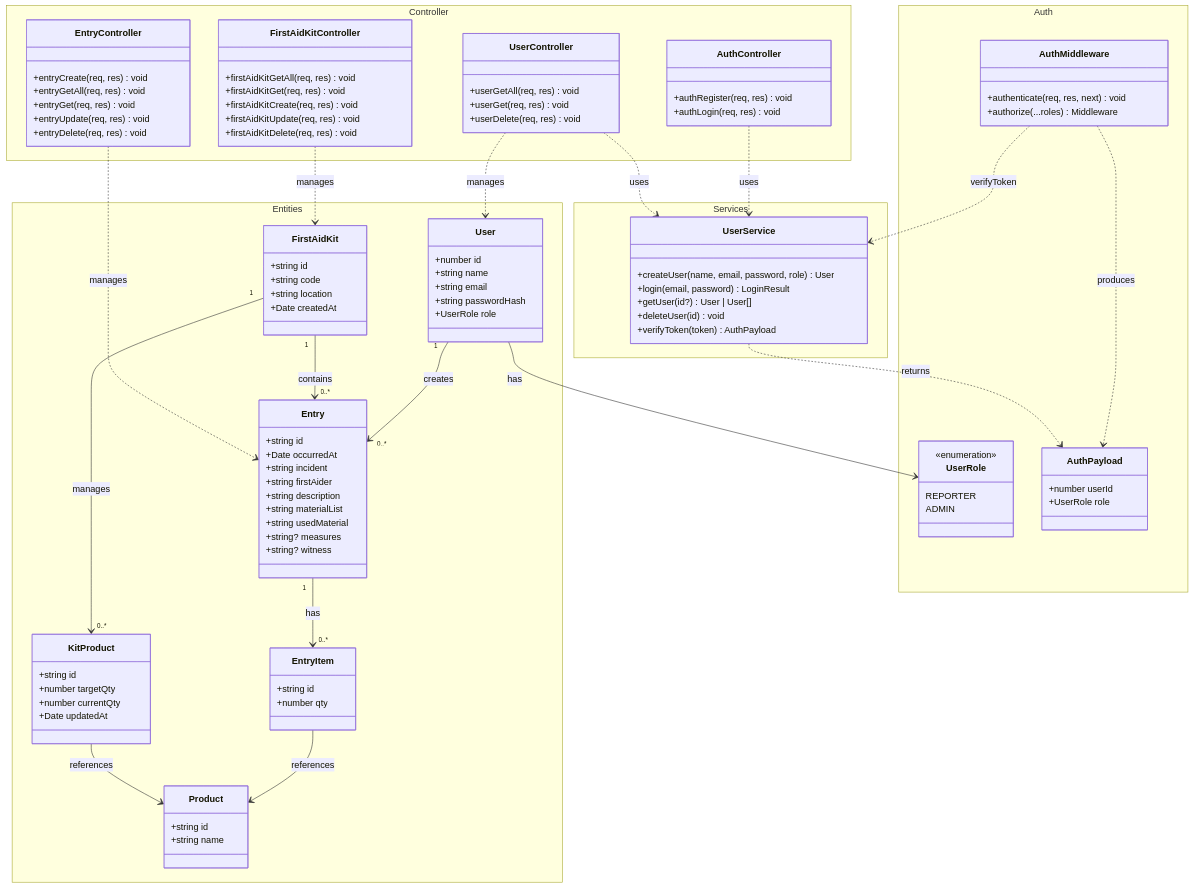
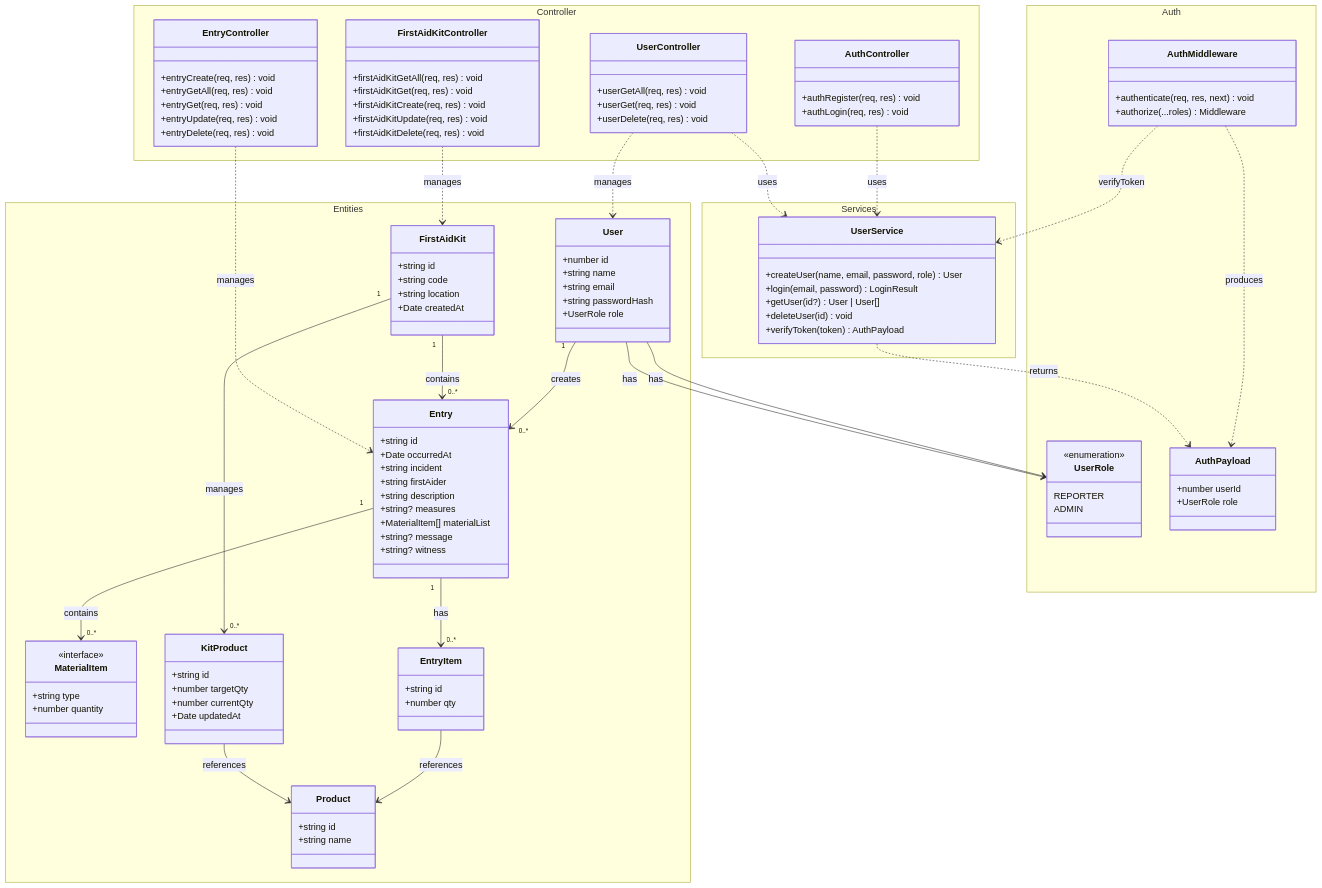
One commit to lenzer01/verband-backend changed the diagram in classDiagram.mmd. Above: the diagram before and after it, drawn with Mermaid. The commit also changed 1 other file, not shown here.

Commit message:
feat: update class diagram and first aid kit controller to include material list and UUID validation

```diff
--- a/classDiagram.mmd
+++ b/classDiagram.mmd
@@ -1,125 +1,133 @@
 classDiagram
 
 namespace Entities {
     class User {
         +number id
         +string name
         +string email
         +string passwordHash
         +UserRole role
     }
 
     class FirstAidKit {
         +string id
         +string code
         +string location
         +Date createdAt
     }
 
     class Entry {
         +string id
         +Date occurredAt
         +string incident
         +string firstAider
         +string description
-        +string materialList
-        +string usedMaterial
         +string? measures
+        +MaterialItem[] materialList
+        +string? message
         +string? witness
+    }
+
+    class MaterialItem {
+        <<interface>>
+        +string type
+        +number quantity
     }
 
     class EntryItem {
         +string id
         +number qty
     }
 
     class Product {
         +string id
         +string name
     }
 
     class KitProduct {
         +string id
         +number targetQty
         +number currentQty
         +Date updatedAt
     }
 }
 
 namespace Auth {
     class UserRole {
         <<enumeration>>
         REPORTER
         ADMIN
     }
 
     class AuthPayload {
         +number userId
         +UserRole role
     }
 
     class AuthMiddleware {
         +authenticate(req, res, next) void
         +authorize(...roles) Middleware
     }
 }
 
 namespace Services {
     class UserService {
         +createUser(name, email, password, role) User
         +login(email, password) LoginResult
         +getUser(id?) User | User[]
         +deleteUser(id) void
         +verifyToken(token) AuthPayload
     }
 }
 
 namespace Controller {
     class AuthController {
         +authRegister(req, res) void
         +authLogin(req, res) void
     }
 
     class UserController {
         +userGetAll(req, res) void
         +userGet(req, res) void
         +userDelete(req, res) void
     }
 
     class EntryController {
         +entryCreate(req, res) void
         +entryGetAll(req, res) void
         +entryGet(req, res) void
         +entryUpdate(req, res) void
         +entryDelete(req, res) void
     }
 
     class FirstAidKitController {
         +firstAidKitGetAll(req, res) void
         +firstAidKitGet(req, res) void
         +firstAidKitCreate(req, res) void
         +firstAidKitUpdate(req, res) void
         +firstAidKitDelete(req, res) void
     }
 }
 
 %% ─── Entity Relationships ───────────────────────────────────
 User "1" --> "0..*" Entry : creates
+User --> UserRole : has
 FirstAidKit "1" --> "0..*" Entry : contains
 Entry "1" --> "0..*" EntryItem : has
+Entry "1" --> "0..*" MaterialItem : contains
 EntryItem --> Product : references
 FirstAidKit "1" --> "0..*" KitProduct : manages
 KitProduct --> Product : references
 
 %% ─── Layer Dependencies ──────────────────────────────────────
 AuthController ..> UserService : uses
 UserController ..> UserService : uses
 UserController ..> User : manages
 EntryController ..> Entry : manages
 FirstAidKitController ..> FirstAidKit : manages
 
 AuthMiddleware ..> UserService : verifyToken
 AuthMiddleware ..> AuthPayload : produces
 
 UserService ..> AuthPayload : returns
 User --> UserRole : has
```
